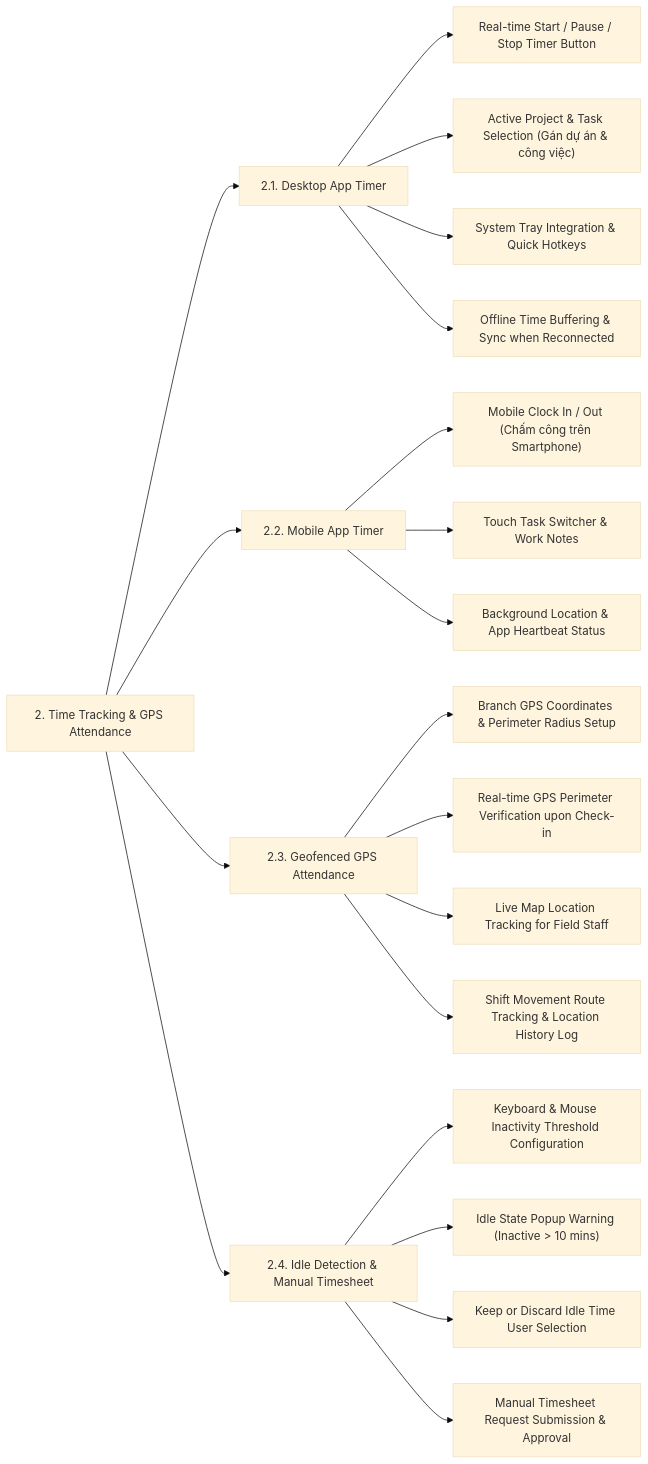
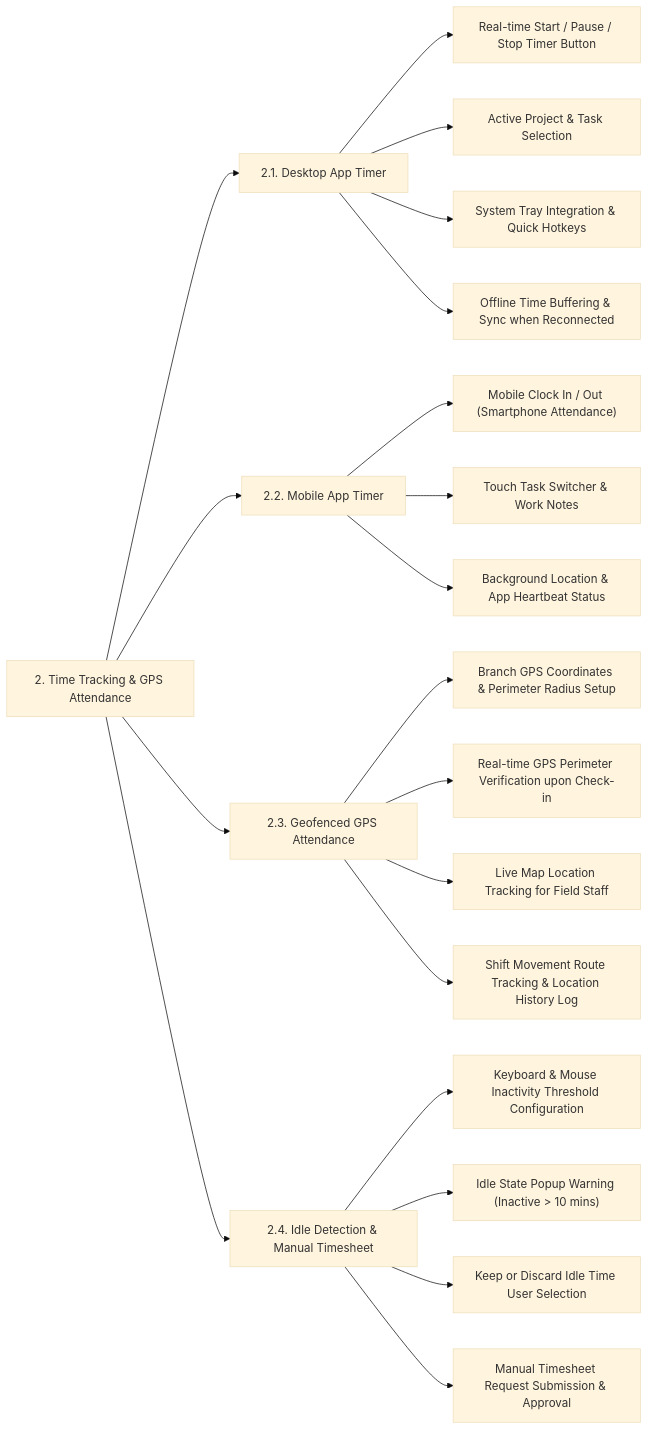
The third of 6 diagrams in README.md (Dikhang1112/Monitoring_HR), drawn with Mermaid (base theme) before and after one commit. The commit also changed other lines of this file and 53 other files, not shown here.

Commit message:
Refactor usecase diagram of People manager

````diff
--- a/README.md
+++ b/README.md
@@ -205,31 +205,31 @@
 ```mermaid
 flowchart LR
     ROOT["2. Time Tracking & GPS Attendance"]
 
     %% Branch 1: Desktop App Timer
     ROOT --> DESK["2.1. Desktop App Timer"]
     DESK --> D1["Real-time Start / Pause / Stop Timer Button"]
-    DESK --> D2["Active Project & Task Selection (Gán dự án & công việc)"]
+    DESK --> D2["Active Project & Task Selection"]
     DESK --> D3["System Tray Integration & Quick Hotkeys"]
     DESK --> D4["Offline Time Buffering & Sync when Reconnected"]
 
     %% Branch 2: Mobile App Timer
     ROOT --> MOB["2.2. Mobile App Timer"]
-    MOB --> M1["Mobile Clock In / Out (Chấm công trên Smartphone)"]
+    MOB --> M1["Mobile Clock In / Out (Smartphone Attendance)"]
     MOB --> M2["Touch Task Switcher & Work Notes"]
     MOB --> M3["Background Location & App Heartbeat Status"]
 
     %% Branch 3: GPS Geofenced Attendance
     ROOT --> GPS["2.3. Geofenced GPS Attendance"]
     GPS --> G1["Branch GPS Coordinates & Perimeter Radius Setup"]
     GPS --> G2["Real-time GPS Perimeter Verification upon Check-in"]
     GPS --> G3["Live Map Location Tracking for Field Staff"]
     GPS --> G4["Shift Movement Route Tracking & Location History Log"]
 
     %% Branch 4: Idle Detection & Manual Timesheet
     ROOT --> IDLE["2.4. Idle Detection & Manual Timesheet"]
     IDLE --> I1["Keyboard & Mouse Inactivity Threshold Configuration"]
     IDLE --> I2["Idle State Popup Warning (Inactive > 10 mins)"]
     IDLE --> I3["Keep or Discard Idle Time User Selection"]
     IDLE --> I4["Manual Timesheet Request Submission & Approval"]
 ```
````
